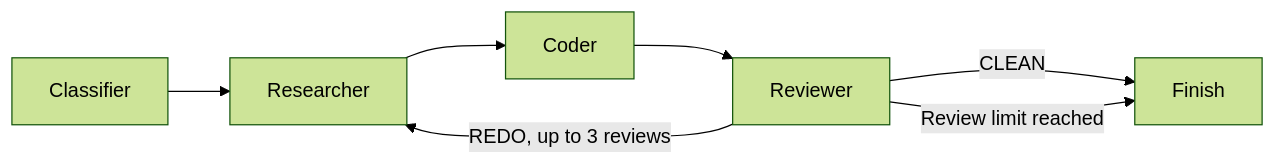
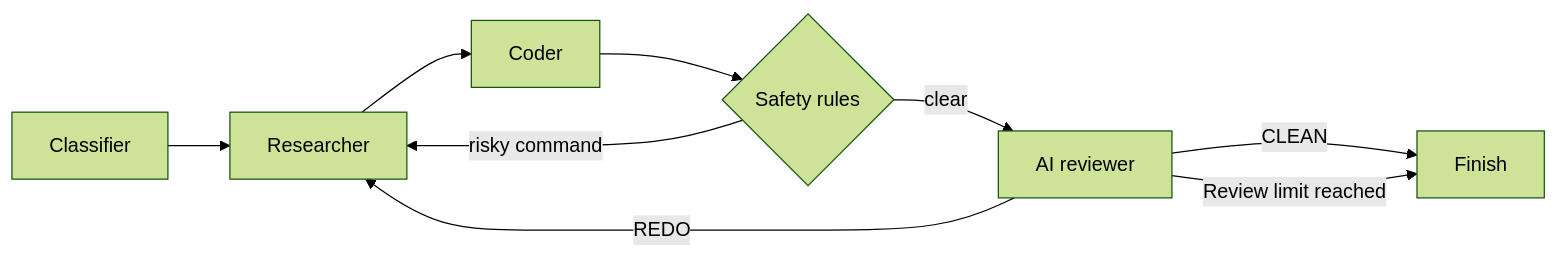
One commit to SwarangiK-21/Lumina-AI-DevOps changed the diagram in README.md. Above: the diagram before and after it, drawn with Mermaid (forest theme). The commit also changed other lines of this file and 2 other files, not shown here.

````diff
--- a/README.md
+++ b/README.md
@@ -49,9 +52,11 @@
 ```mermaid
 flowchart LR
     A[Classifier] --> B[Researcher]
     B --> C[Coder]
-    C --> D[Reviewer]
+    C --> S{Safety rules}
+    S -- risky command --> B
+    S -- clear --> D[AI reviewer]
     D -- CLEAN --> E[Finish]
-    D -- REDO, up to 3 reviews --> B
+    D -- REDO --> B
     D -- Review limit reached --> E
 ```
````
